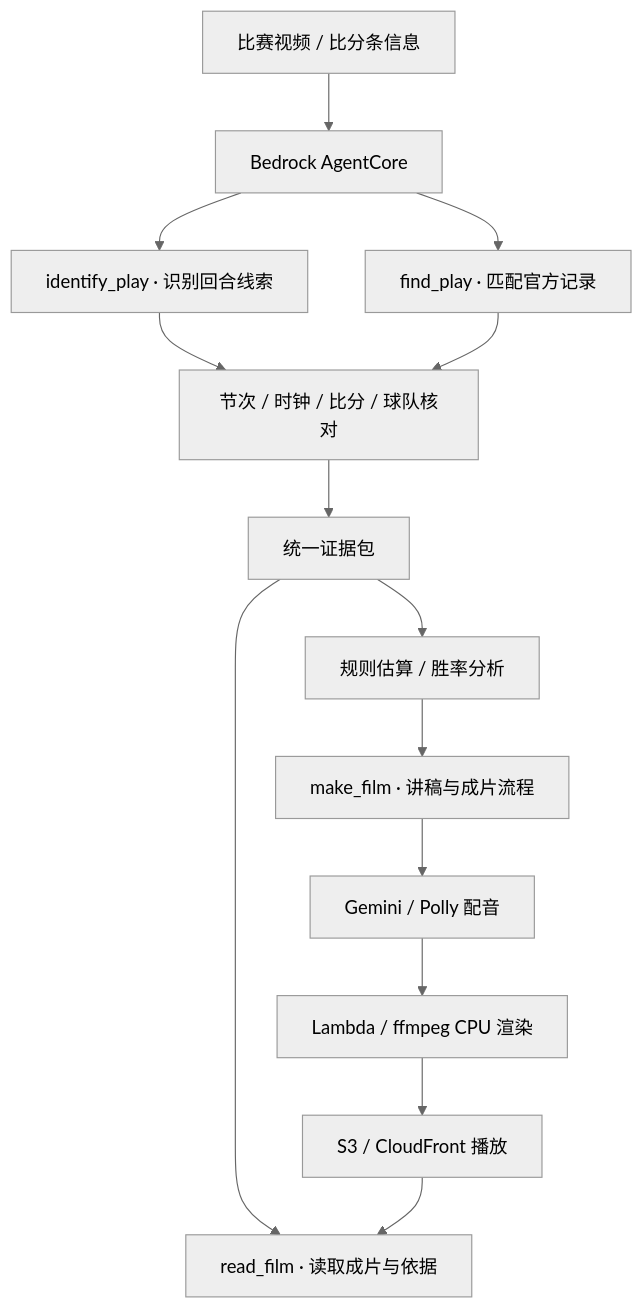
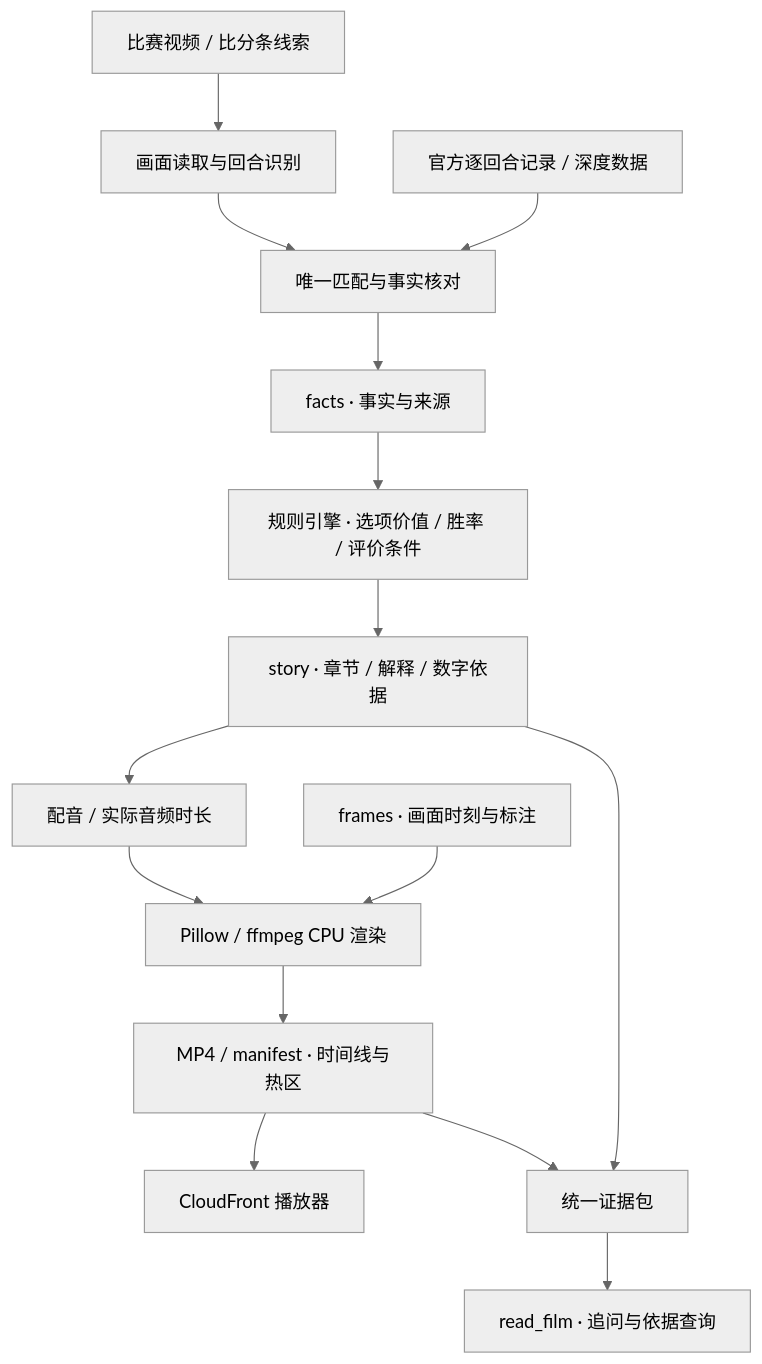
Before and after one commit to lavine888/CourtCast-Showcase: the diagram in docs/ARCHITECTURE.md, drawn with Mermaid (neutral theme). The commit also changed other lines of this file and 5 other files, not shown here.

Commit message:
Expand product showcase with verified architecture, analysis methods and engineering evidence

````diff
--- a/docs/ARCHITECTURE.md
+++ b/docs/ARCHITECTURE.md
@@ -9,16 +9,17 @@
 ```mermaid
 flowchart TD
-    Input[比赛视频 / 比分条信息] --> Agent[Bedrock AgentCore]
-    Agent --> Identify[identify_play · 识别回合线索]
-    Agent --> Find[find_play · 匹配官方记录]
-    Identify --> Align[节次 / 时钟 / 比分 / 球队核对]
-    Find --> Align
-    Align --> Evidence[统一证据包]
-    Evidence --> Estimate[规则估算 / 胜率分析]
-    Estimate --> Film[make_film · 讲稿与成片流程]
-    Film --> Voice[Gemini / Polly 配音]
-    Voice --> Render[Lambda / ffmpeg CPU 渲染]
-    Render --> Output[S3 / CloudFront 播放]
-    Evidence --> Read[read_film · 读取成片与依据]
-    Output --> Read
+    Input[比赛视频 / 比分条线索] --> Identify[画面读取与回合识别]
+    Records[官方逐回合记录 / 深度数据] --> Align[唯一匹配与事实核对]
+    Identify --> Align
+    Align --> Facts[facts · 事实与来源]
+    Facts --> Engine[规则引擎 · 选项价值 / 胜率 / 评价条件]
+    Engine --> Story[story · 章节 / 解释 / 数字依据]
+    Story --> Voice[配音 / 实际音频时长]
+    Voice --> Render[Pillow / ffmpeg CPU 渲染]
+    Frames[frames · 画面时刻与标注] --> Render
+    Render --> Manifest[MP4 / manifest · 时间线与热区]
+    Manifest --> Player[CloudFront 播放器]
+    Story --> Evidence[统一证据包]
+    Manifest --> Evidence
+    Evidence --> Read[read_film · 追问与依据查询]
 ```
````
